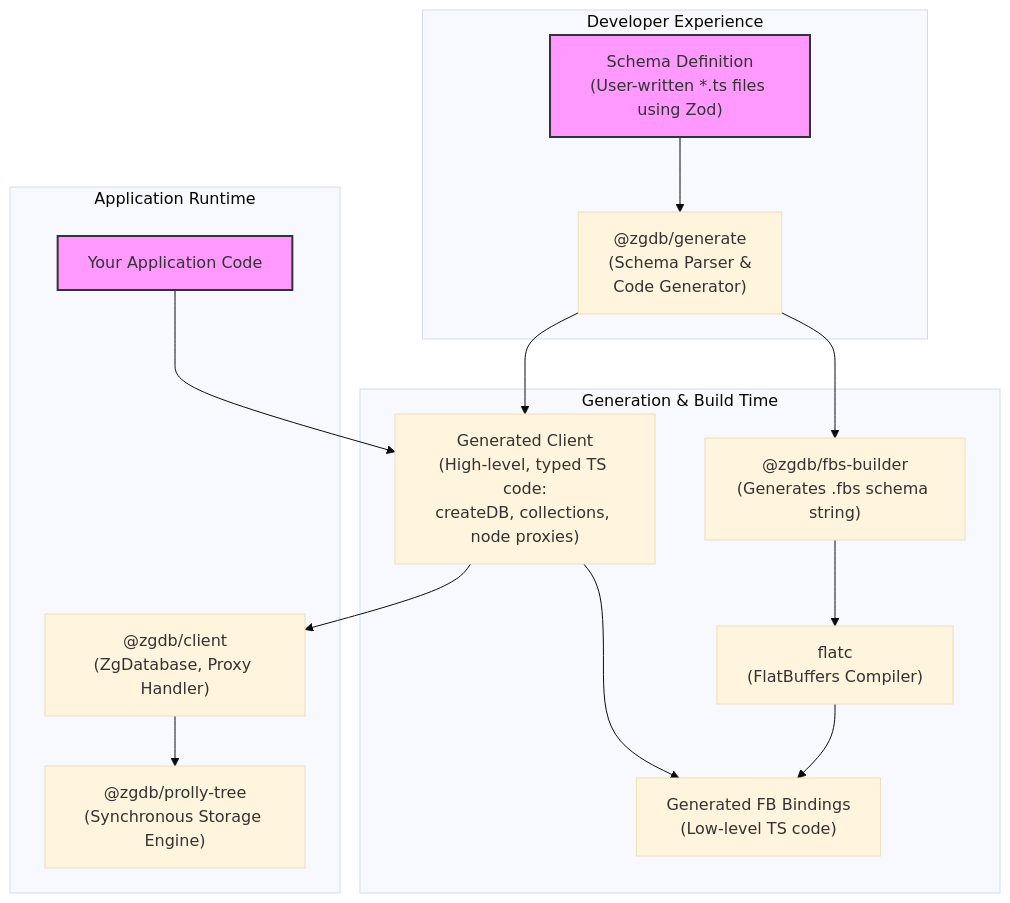
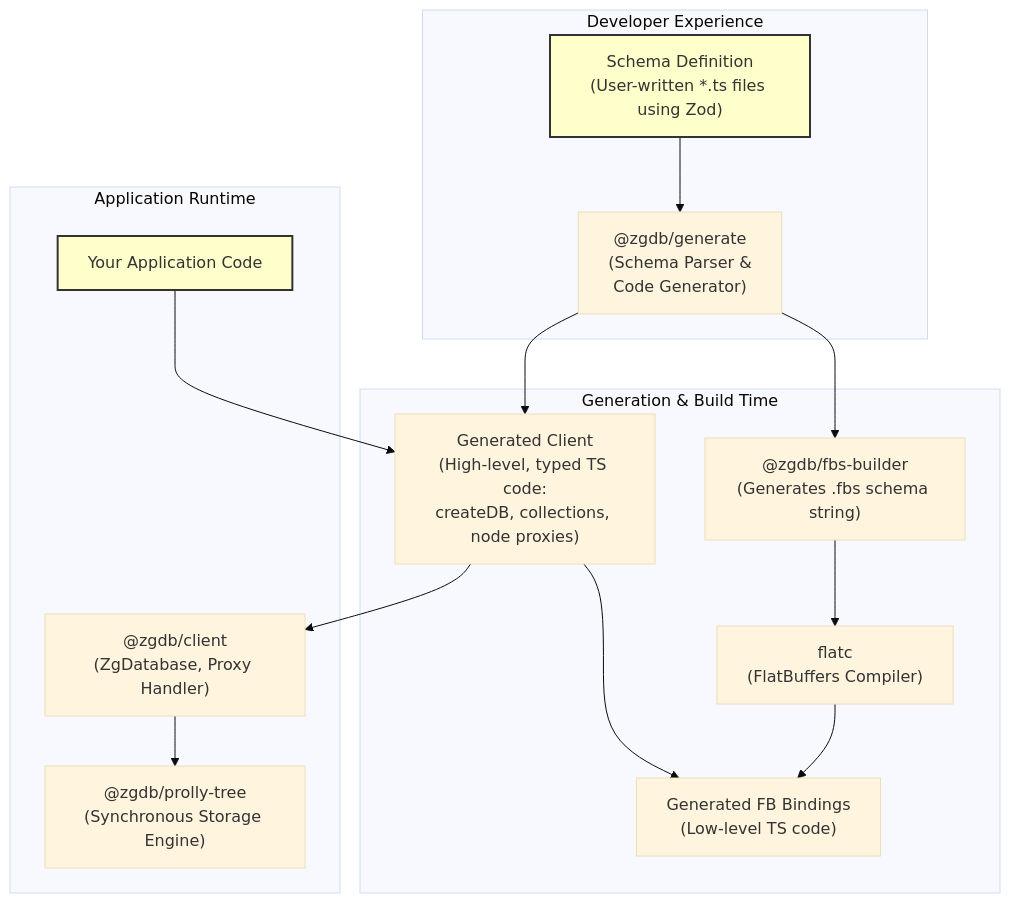
One commit to Ntropish/zgdb changed the diagram in README.md. Above: the diagram before and after it, drawn with Mermaid (base theme).

Commit message:
Update README styles for diagram elements to improve visual clarity.

````diff
--- a/README.md
+++ b/README.md
@@ -37,23 +37,23 @@
 ```mermaid
 graph TD;
     subgraph Developer Experience
         A["Schema Definition<br/>(User-written *.ts files using Zod)"] --> B["@zgdb/generate<br/>(Schema Parser &<br/>Code Generator)"];
     end
 
     subgraph "Generation & Build Time"
         B --> C["@zgdb/fbs-builder<br/>(Generates .fbs schema string)"];
         C --> D["flatc<br/>(FlatBuffers Compiler)"];
         D --> E["Generated FB Bindings<br/>(Low-level TS code)"];
         B --> F["Generated Client<br/>(High-level, typed TS code:<br/>createDB, collections, node proxies)"];
     end
 
     subgraph "Application Runtime"
         G["Your Application Code"] --> F;
         F --> H["@zgdb/client<br/>(ZgDatabase, Proxy Handler)"];
         H --> I["@zgdb/prolly-tree<br/>(Synchronous Storage Engine)"];
         F --> E;
     end
 
-    style A fill:#f9f,stroke:#333,stroke-width:2px;
-    style G fill:#f9f,stroke:#333,stroke-width:2px;
+    style A fill:#ffc,stroke:#333,stroke-width:2px;
+    style G fill:#ffc,stroke:#333,stroke-width:2px;
 ```
````
